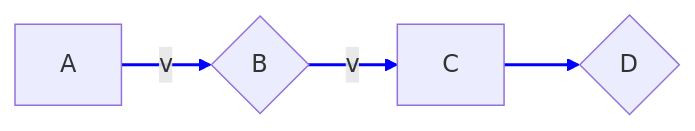
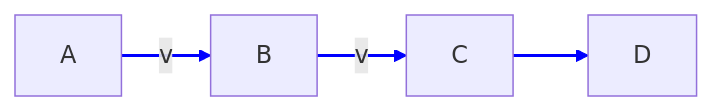
The diagram in midX.md (Rick-Anderson/Report), drawn with Mermaid before and after one commit. The commit also changed other lines of this file, not shown here.

````diff
--- a/midX.md
+++ b/midX.md
@@ -1,10 +1,10 @@
 ```mermaid
 graph LR;
-        A--v-->B{B}
+        A--v-->B[B]
         B-->|v|C[C]
-         C-->D{D};
+         C-->D[D];
 
         linkStyle 0 stroke-width:2px,fill:none,stroke:blue;
         linkStyle 1 stroke-width:2px,fill:none,stroke:blue;
         linkStyle 2 stroke-width:2px,fill:none,stroke:blue;
 ```
````
